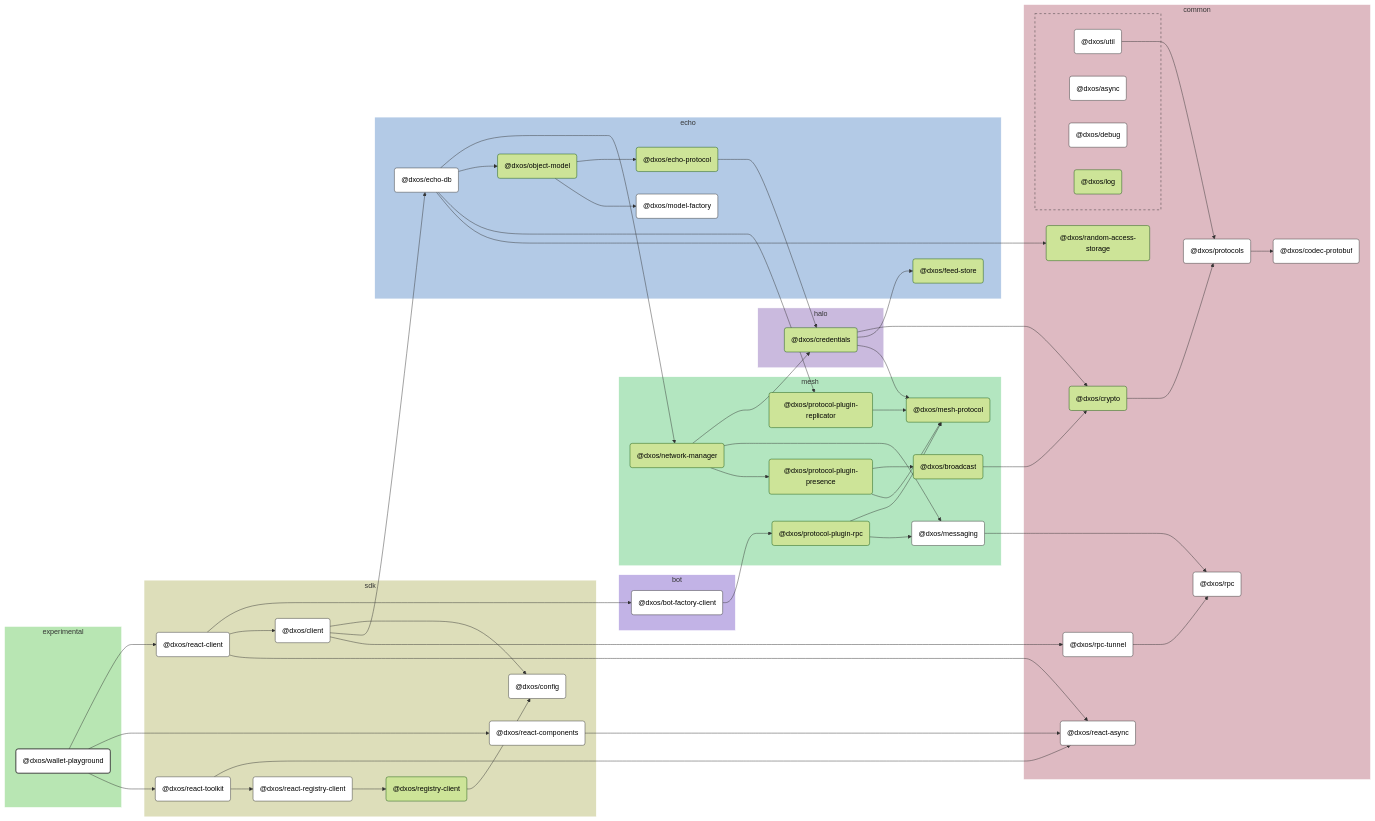
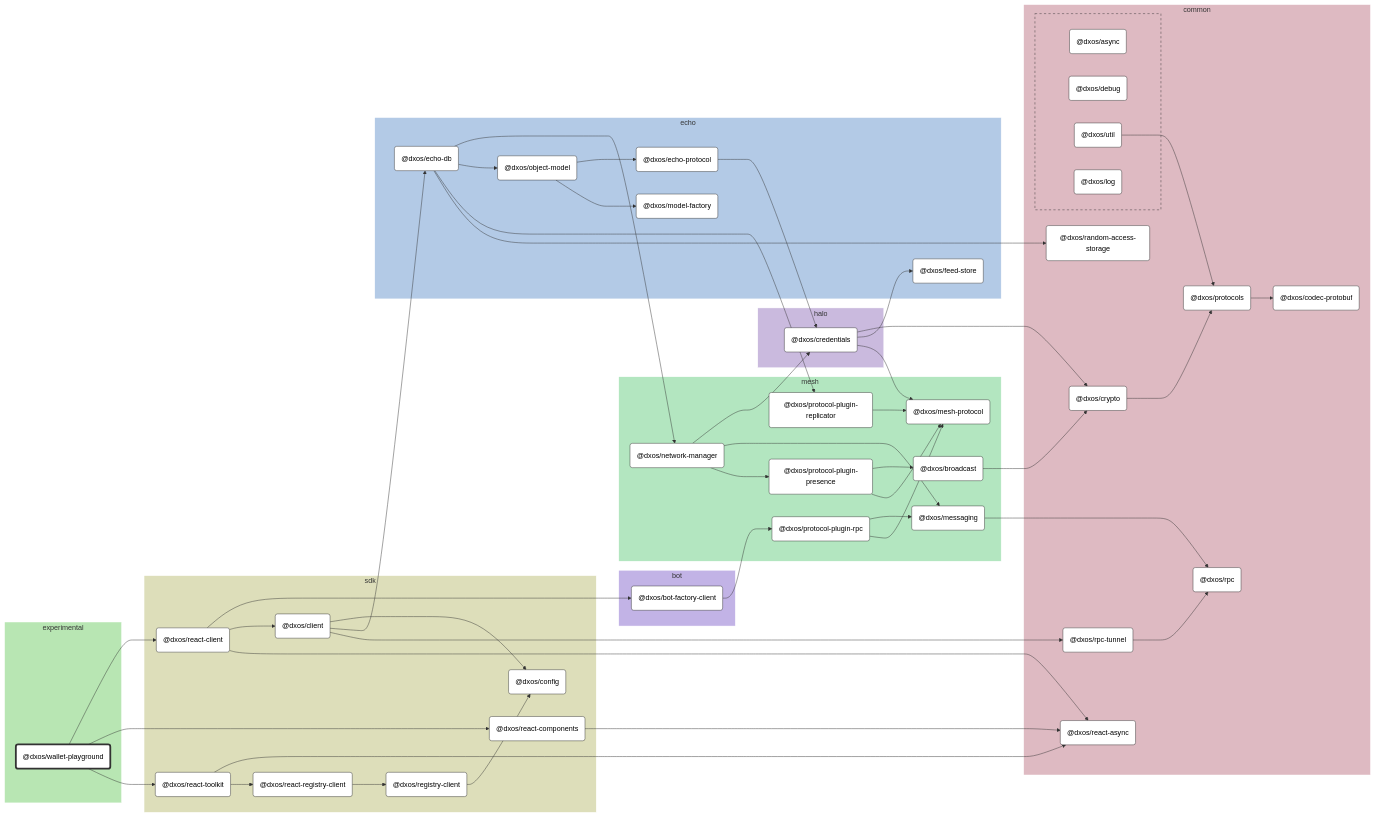
The diagram in apps/experimental/wallet-playground/docs/README.md (dxos/dxos), drawn with Mermaid (forest theme) before and after one commit. The commit also changed other lines of this file and 104 other files, not shown here.

````diff
--- a/apps/experimental/wallet-playground/docs/README.md
+++ b/apps/experimental/wallet-playground/docs/README.md
@@ -9,165 +9,149 @@
 
 flowchart LR
 
-%% Links
-dxos/bot-factory-client --> dxos/protocol-plugin-rpc;
-dxos/broadcast --> dxos/crypto;
-dxos/client --> dxos/config;
-dxos/client --> dxos/echo-db;
-dxos/client --> dxos/rpc-tunnel;
-dxos/credentials --> dxos/crypto;
-dxos/credentials --> dxos/feed-store;
-dxos/credentials --> dxos/mesh-protocol;
-dxos/crypto --> dxos/protocols;
-dxos/echo-db --> dxos/network-manager;
-dxos/echo-db --> dxos/object-model;
-dxos/echo-db --> dxos/protocol-plugin-replicator;
-dxos/echo-db --> dxos/random-access-storage;
-dxos/echo-protocol --> dxos/credentials;
-dxos/messaging --> dxos/rpc;
-dxos/network-manager --> dxos/credentials;
-dxos/network-manager --> dxos/messaging;
-dxos/network-manager --> dxos/protocol-plugin-presence;
-dxos/object-model --> dxos/echo-protocol;
-dxos/object-model --> dxos/model-factory;
-dxos/protocol-plugin-presence --> dxos/broadcast;
-dxos/protocol-plugin-presence --> dxos/mesh-protocol;
-dxos/protocol-plugin-replicator --> dxos/mesh-protocol;
-dxos/protocol-plugin-rpc --> dxos/mesh-protocol;
-dxos/protocol-plugin-rpc --> dxos/messaging;
-dxos/protocols --> dxos/codec-protobuf;
-dxos/react-client --> dxos/bot-factory-client;
-dxos/react-client --> dxos/client;
-dxos/react-client --> dxos/react-async;
-dxos/react-components --> dxos/react-async;
-dxos/react-registry-client --> dxos/registry-client;
-dxos/react-toolkit --> dxos/react-async;
-dxos/react-toolkit --> dxos/react-registry-client;
-dxos/registry-client --> dxos/config;
-dxos/rpc-tunnel --> dxos/rpc;
-dxos/util --> dxos/protocols;
-dxos/wallet-playground --> dxos/react-client;
-dxos/wallet-playground --> dxos/react-components;
-dxos/wallet-playground --> dxos/react-toolkit;
+%% Classes
+classDef def fill:#fff,stroke:#333,stroke-width:1px
+classDef root fill:#fff,stroke:#333,stroke-width:4px
 
-%% Sections
-subgraph experimental
-  style experimental fill:#b8e6b3,stroke:#fff;
+%% Nodes
 
-  dxos/wallet-playground("@dxos/wallet-playground")
+subgraph experimental [experimental]
+  style experimental fill:#b8e6b3,stroke:#fff
+  dxos/wallet-playground("@dxos/wallet-playground"):::root
+  click dxos/wallet-playground "dxos/dxos/tree/main/apps/experimental/wallet-playground/docs"
 end
 
-subgraph sdk
-  style sdk fill:#dddeba,stroke:#fff;
-
-  dxos/client("@dxos/client")
-  dxos/config("@dxos/config")
-  dxos/react-client("@dxos/react-client")
-  dxos/react-components("@dxos/react-components")
-  dxos/react-registry-client("@dxos/react-registry-client")
-  dxos/react-toolkit("@dxos/react-toolkit")
-  dxos/registry-client("@dxos/registry-client")
+subgraph sdk [sdk]
+  style sdk fill:#dddeba,stroke:#fff
+  dxos/client("@dxos/client"):::def
+  click dxos/client "dxos/dxos/tree/main/packages/sdk/client/docs"
+  dxos/config("@dxos/config"):::def
+  click dxos/config "dxos/dxos/tree/main/packages/sdk/config/docs"
+  dxos/react-client("@dxos/react-client"):::def
+  click dxos/react-client "dxos/dxos/tree/main/packages/sdk/react-client/docs"
+  dxos/react-components("@dxos/react-components"):::def
+  click dxos/react-components "dxos/dxos/tree/main/packages/sdk/react-components/docs"
+  dxos/react-toolkit("@dxos/react-toolkit"):::def
+  click dxos/react-toolkit "dxos/dxos/tree/main/packages/sdk/react-toolkit/docs"
+  dxos/react-registry-client("@dxos/react-registry-client"):::def
+  click dxos/react-registry-client "dxos/dxos/tree/main/packages/sdk/react-registry-client/docs"
+  dxos/registry-client("@dxos/registry-client"):::def
+  click dxos/registry-client "dxos/dxos/tree/main/packages/sdk/registry-client/docs"
 end
 
-subgraph common
-  style common fill:#debac2,stroke:#fff;
-
-  dxos/codec-protobuf("@dxos/codec-protobuf")
-  dxos/crypto("@dxos/crypto")
-  dxos/protocols("@dxos/protocols")
-  dxos/random-access-storage("@dxos/random-access-storage")
-  dxos/react-async("@dxos/react-async")
-  dxos/rpc("@dxos/rpc")
-  dxos/rpc-tunnel("@dxos/rpc-tunnel")
+subgraph common [common]
+  style common fill:#debac2,stroke:#fff
+  dxos/codec-protobuf("@dxos/codec-protobuf"):::def
+  click dxos/codec-protobuf "dxos/dxos/tree/main/packages/common/codec-protobuf/docs"
+  dxos/protocols("@dxos/protocols"):::def
+  click dxos/protocols "dxos/dxos/tree/main/packages/common/protocols/docs"
+  dxos/crypto("@dxos/crypto"):::def
+  click dxos/crypto "dxos/dxos/tree/main/packages/common/crypto/docs"
+  dxos/rpc("@dxos/rpc"):::def
+  click dxos/rpc "dxos/dxos/tree/main/packages/common/rpc/docs"
+  dxos/random-access-storage("@dxos/random-access-storage"):::def
+  click dxos/random-access-storage "dxos/dxos/tree/main/packages/common/random-access-storage/docs"
+  dxos/rpc-tunnel("@dxos/rpc-tunnel"):::def
+  click dxos/rpc-tunnel "dxos/dxos/tree/main/packages/common/rpc-tunnel/docs"
+  dxos/react-async("@dxos/react-async"):::def
+  click dxos/react-async "dxos/dxos/tree/main/packages/common/react-async/docs"
 
   subgraph common-excluded [ ]
-    style common-excluded fill:#debac2,stroke:#333,stroke-dasharray:5 5;
-
-    dxos/async("@dxos/async")
-    dxos/debug("@dxos/debug")
-    dxos/log("@dxos/log")
-    dxos/util("@dxos/util")
+    style common-excluded fill:#debac2,stroke:#333,stroke-dasharray:5 5
+    dxos/async("@dxos/async"):::def
+    click dxos/async "dxos/dxos/tree/main/packages/common/async/docs"
+    dxos/debug("@dxos/debug"):::def
+    click dxos/debug "dxos/dxos/tree/main/packages/common/debug/docs"
+    dxos/util("@dxos/util"):::def
+    click dxos/util "dxos/dxos/tree/main/packages/common/util/docs"
+    dxos/log("@dxos/log"):::def
+    click dxos/log "dxos/dxos/tree/main/packages/common/log/docs"
   end
 end
 
-subgraph echo
-  style echo fill:#b3cae6,stroke:#fff;
-
-  dxos/echo-db("@dxos/echo-db")
-  dxos/echo-protocol("@dxos/echo-protocol")
-  dxos/feed-store("@dxos/feed-store")
-  dxos/model-factory("@dxos/model-factory")
-  dxos/object-model("@dxos/object-model")
+subgraph echo [echo]
+  style echo fill:#b3cae6,stroke:#fff
+  dxos/echo-db("@dxos/echo-db"):::def
+  click dxos/echo-db "dxos/dxos/tree/main/packages/echo/echo-db/docs"
+  dxos/feed-store("@dxos/feed-store"):::def
+  click dxos/feed-store "dxos/dxos/tree/main/packages/echo/feed-store/docs"
+  dxos/echo-protocol("@dxos/echo-protocol"):::def
+  click dxos/echo-protocol "dxos/dxos/tree/main/packages/echo/echo-protocol/docs"
+  dxos/model-factory("@dxos/model-factory"):::def
+  click dxos/model-factory "dxos/dxos/tree/main/packages/echo/model-factory/docs"
+  dxos/object-model("@dxos/object-model"):::def
+  click dxos/object-model "dxos/dxos/tree/main/packages/echo/object-model/docs"
 end
 
-subgraph halo
-  style halo fill:#cabade,stroke:#fff;
-
-  dxos/credentials("@dxos/credentials")
+subgraph halo [halo]
+  style halo fill:#cabade,stroke:#fff
+  dxos/credentials("@dxos/credentials"):::def
+  click dxos/credentials "dxos/dxos/tree/main/packages/halo/credentials/docs"
 end
 
-subgraph mesh
-  style mesh fill:#b3e6c0,stroke:#fff;
-
-  dxos/broadcast("@dxos/broadcast")
-  dxos/mesh-protocol("@dxos/mesh-protocol")
-  dxos/messaging("@dxos/messaging")
-  dxos/network-manager("@dxos/network-manager")
-  dxos/protocol-plugin-presence("@dxos/protocol-plugin-presence")
-  dxos/protocol-plugin-replicator("@dxos/protocol-plugin-replicator")
-  dxos/protocol-plugin-rpc("@dxos/protocol-plugin-rpc")
+subgraph mesh [mesh]
+  style mesh fill:#b3e6c0,stroke:#fff
+  dxos/mesh-protocol("@dxos/mesh-protocol"):::def
+  click dxos/mesh-protocol "dxos/dxos/tree/main/packages/mesh/mesh-protocol/docs"
+  dxos/messaging("@dxos/messaging"):::def
+  click dxos/messaging "dxos/dxos/tree/main/packages/mesh/messaging/docs"
+  dxos/network-manager("@dxos/network-manager"):::def
+  click dxos/network-manager "dxos/dxos/tree/main/packages/mesh/network-manager/docs"
+  dxos/protocol-plugin-presence("@dxos/protocol-plugin-presence"):::def
+  click dxos/protocol-plugin-presence "dxos/dxos/tree/main/packages/mesh/protocol-plugin-presence/docs"
+  dxos/broadcast("@dxos/broadcast"):::def
+  click dxos/broadcast "dxos/dxos/tree/main/packages/mesh/broadcast/docs"
+  dxos/protocol-plugin-replicator("@dxos/protocol-plugin-replicator"):::def
+  click dxos/protocol-plugin-replicator "dxos/dxos/tree/main/packages/mesh/protocol-plugin-replicator/docs"
+  dxos/protocol-plugin-rpc("@dxos/protocol-plugin-rpc"):::def
+  click dxos/protocol-plugin-rpc "dxos/dxos/tree/main/packages/mesh/protocol-plugin-rpc/docs"
 end
 
-subgraph bot
-  style bot fill:#c2b3e6,stroke:#fff;
-
-  dxos/bot-factory-client("@dxos/bot-factory-client")
+subgraph bot [bot]
+  style bot fill:#c2b3e6,stroke:#fff
+  dxos/bot-factory-client("@dxos/bot-factory-client"):::def
+  click dxos/bot-factory-client "dxos/dxos/tree/main/packages/bot/bot-factory-client/docs"
 end
 
-
-%% Hyperlinks
-click dxos/async "dxos/dxos/tree/main/packages/common/async/docs";
-click dxos/bot-factory-client "dxos/dxos/tree/main/packages/bot/bot-factory-client/docs";
-click dxos/client "dxos/dxos/tree/main/packages/sdk/client/docs";
-click dxos/codec-protobuf "dxos/dxos/tree/main/packages/common/codec-protobuf/docs";
-click dxos/config "dxos/dxos/tree/main/packages/sdk/config/docs";
-click dxos/debug "dxos/dxos/tree/main/packages/common/debug/docs";
-click dxos/echo-db "dxos/dxos/tree/main/packages/echo/echo-db/docs";
-click dxos/messaging "dxos/dxos/tree/main/packages/mesh/messaging/docs";
-click dxos/model-factory "dxos/dxos/tree/main/packages/echo/model-factory/docs";
-click dxos/protocols "dxos/dxos/tree/main/packages/common/protocols/docs";
-click dxos/react-async "dxos/dxos/tree/main/packages/common/react-async/docs";
-click dxos/react-client "dxos/dxos/tree/main/packages/sdk/react-client/docs";
-click dxos/react-components "dxos/dxos/tree/main/packages/sdk/react-components/docs";
-click dxos/react-registry-client "dxos/dxos/tree/main/packages/sdk/react-registry-client/docs";
-click dxos/react-toolkit "dxos/dxos/tree/main/packages/sdk/react-toolkit/docs";
-click dxos/rpc "dxos/dxos/tree/main/packages/common/rpc/docs";
-click dxos/rpc-tunnel "dxos/dxos/tree/main/packages/common/rpc-tunnel/docs";
-click dxos/util "dxos/dxos/tree/main/packages/common/util/docs";
-
-%% Styles
-classDef rootNode fill:#fff,stroke:#333,stroke-width:2px
-classDef defaultNode fill:#fff,stroke:#333,stroke-width:1px
+%% Links
 linkStyle default stroke:#333,stroke-width:1px
-
-dxos/wallet-playground:::rootNode
-
-dxos/async:::defaultNode
-dxos/bot-factory-client:::defaultNode
-dxos/client:::defaultNode
-dxos/codec-protobuf:::defaultNode
-dxos/config:::defaultNode
-dxos/debug:::defaultNode
-dxos/echo-db:::defaultNode
-dxos/messaging:::defaultNode
-dxos/model-factory:::defaultNode
-dxos/protocols:::defaultNode
-dxos/react-async:::defaultNode
-dxos/react-client:::defaultNode
-dxos/react-components:::defaultNode
-dxos/react-registry-client:::defaultNode
-dxos/react-toolkit:::defaultNode
-dxos/rpc:::defaultNode
-dxos/rpc-tunnel:::defaultNode
-dxos/util:::defaultNode
+dxos/client --> dxos/config
+dxos/protocols --> dxos/codec-protobuf
+dxos/util --> dxos/protocols
+dxos/client --> dxos/echo-db
+dxos/credentials --> dxos/crypto
+dxos/crypto --> dxos/protocols
+dxos/credentials --> dxos/feed-store
+dxos/credentials --> dxos/mesh-protocol
+dxos/echo-protocol --> dxos/credentials
+dxos/messaging --> dxos/rpc
+dxos/echo-db --> dxos/network-manager
+dxos/network-manager --> dxos/credentials
+dxos/network-manager --> dxos/messaging
+dxos/network-manager --> dxos/protocol-plugin-presence
+dxos/protocol-plugin-presence --> dxos/broadcast
+dxos/broadcast --> dxos/crypto
+dxos/protocol-plugin-presence --> dxos/mesh-protocol
+dxos/echo-db --> dxos/object-model
+dxos/object-model --> dxos/echo-protocol
+dxos/object-model --> dxos/model-factory
+dxos/echo-db --> dxos/protocol-plugin-replicator
+dxos/protocol-plugin-replicator --> dxos/mesh-protocol
+dxos/echo-db --> dxos/random-access-storage
+dxos/client --> dxos/rpc-tunnel
+dxos/rpc-tunnel --> dxos/rpc
+dxos/wallet-playground --> dxos/react-client
+dxos/react-client --> dxos/bot-factory-client
+dxos/bot-factory-client --> dxos/protocol-plugin-rpc
+dxos/protocol-plugin-rpc --> dxos/messaging
+dxos/protocol-plugin-rpc --> dxos/mesh-protocol
+dxos/react-client --> dxos/client
+dxos/react-client --> dxos/react-async
+dxos/wallet-playground --> dxos/react-components
+dxos/react-components --> dxos/react-async
+dxos/wallet-playground --> dxos/react-toolkit
+dxos/react-toolkit --> dxos/react-async
+dxos/react-toolkit --> dxos/react-registry-client
+dxos/react-registry-client --> dxos/registry-client
+dxos/registry-client --> dxos/config
 ```
````
